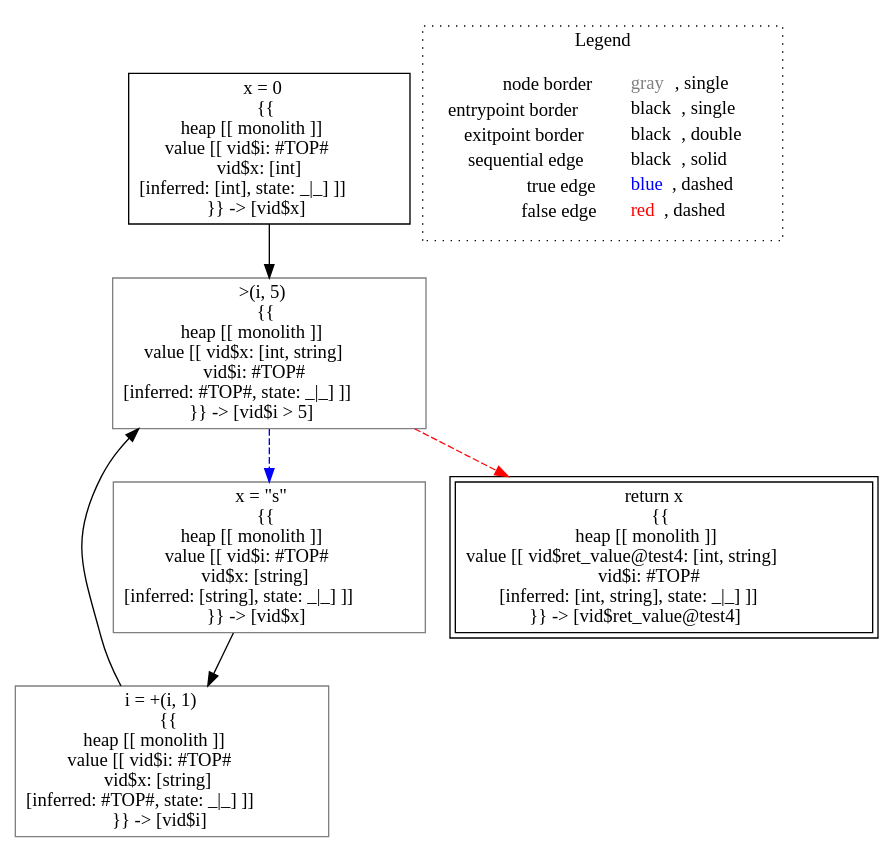
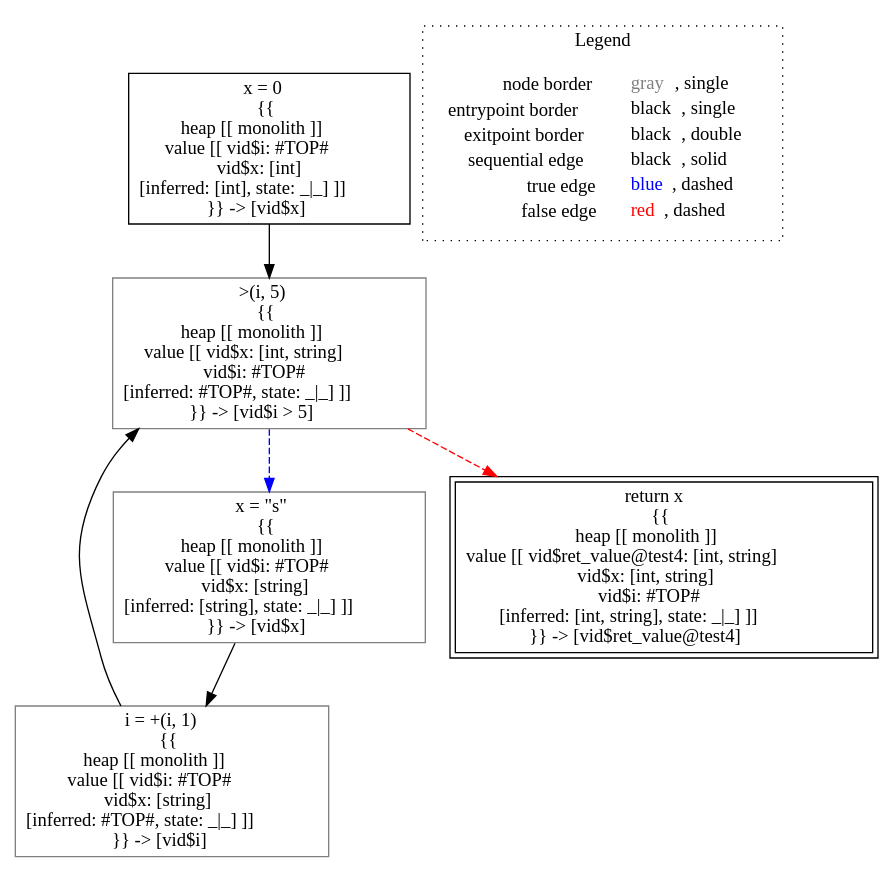
Before and after one commit to lisa-analyzer/lisa: the diagram in lisa/imp-testcases/type-inference/typing___untyped_typing.test4(untyped_i).dot, drawn with Graphviz. The commit also changed 30 other files, not shown here.

```diff
--- a/lisa/imp-testcases/type-inference/typing___untyped_typing.test4(untyped_i).dot
+++ b/lisa/imp-testcases/type-inference/typing___untyped_typing.test4(untyped_i).dot
@@ -1,19 +1,19 @@
 digraph {
 	"node0" [shape="rect",color="black",label=<x = 0<BR/>{{<BR/>heap [[ monolith ]]<BR/>value [[ vid$i: #TOP#<BR/>vid$x: [int]<BR/>[inferred: [int], state: _|_] ]]<BR/>}} -&gt; [vid$x]>];
-	"node1" [shape="rect",color="gray",label=<x = &quot;s&quot;<BR/>{{<BR/>heap [[ monolith ]]<BR/>value [[ vid$i: #TOP#<BR/>vid$x: [string]<BR/>[inferred: [string], state: _|_] ]]<BR/>}} -&gt; [vid$x]>];
-	"node2" [shape="rect",color="gray",label=<i = +(i, 1)<BR/>{{<BR/>heap [[ monolith ]]<BR/>value [[ vid$i: #TOP#<BR/>vid$x: [string]<BR/>[inferred: #TOP#, state: _|_] ]]<BR/>}} -&gt; [vid$i]>];
-	"node3" [shape="rect",color="gray",label=<&gt;(i, 5)<BR/>{{<BR/>heap [[ monolith ]]<BR/>value [[ vid$x: [int, string]<BR/>vid$i: #TOP#<BR/>[inferred: #TOP#, state: _|_] ]]<BR/>}} -&gt; [vid$i &gt; 5]>];
-	"node4" [shape="rect",color="black",peripheries="2",label=<return x<BR/>{{<BR/>heap [[ monolith ]]<BR/>value [[ vid$ret_value@test4: [int, string]<BR/>vid$i: #TOP#<BR/>[inferred: [int, string], state: _|_] ]]<BR/>}} -&gt; [vid$ret_value@test4]>];
-	"node1" -> "node2" [color="black"];
-	"node0" -> "node3" [color="black"];
-	"node2" -> "node3" [color="black"];
-	"node3" -> "node1" [color="blue",style="dashed"];
-	"node3" -> "node4" [color="red",style="dashed"];
+	"node1" [shape="rect",color="gray",label=<i = +(i, 1)<BR/>{{<BR/>heap [[ monolith ]]<BR/>value [[ vid$i: #TOP#<BR/>vid$x: [string]<BR/>[inferred: #TOP#, state: _|_] ]]<BR/>}} -&gt; [vid$i]>];
+	"node2" [shape="rect",color="gray",label=<x = &quot;s&quot;<BR/>{{<BR/>heap [[ monolith ]]<BR/>value [[ vid$i: #TOP#<BR/>vid$x: [string]<BR/>[inferred: [string], state: _|_] ]]<BR/>}} -&gt; [vid$x]>];
+	"node3" [shape="rect",color="black",peripheries="2",label=<return x<BR/>{{<BR/>heap [[ monolith ]]<BR/>value [[ vid$ret_value@test4: [int, string]<BR/>vid$x: [int, string]<BR/>vid$i: #TOP#<BR/>[inferred: [int, string], state: _|_] ]]<BR/>}} -&gt; [vid$ret_value@test4]>];
+	"node4" [shape="rect",color="gray",label=<&gt;(i, 5)<BR/>{{<BR/>heap [[ monolith ]]<BR/>value [[ vid$x: [int, string]<BR/>vid$i: #TOP#<BR/>[inferred: #TOP#, state: _|_] ]]<BR/>}} -&gt; [vid$i &gt; 5]>];
+	"node1" -> "node4" [color="black"];
+	"node0" -> "node4" [color="black"];
+	"node2" -> "node1" [color="black"];
+	"node4" -> "node2" [color="blue",style="dashed"];
+	"node4" -> "node3" [color="red",style="dashed"];
 subgraph cluster_legend {
 	label="Legend";
 	style=dotted;
 	node [shape=plaintext];
 	"legend" [label=<<table border="0" cellpadding="2" cellspacing="0" cellborder="0"><tr><td align="right">node border&nbsp;</td><td align="left"><font color="gray">gray</font>, single</td></tr><tr><td align="right">entrypoint border&nbsp;</td><td align="left"><font color="black">black</font>, single</td></tr><tr><td align="right">exitpoint border&nbsp;</td><td align="left"><font color="black">black</font>, double</td></tr><tr><td align="right">sequential edge&nbsp;</td><td align="left"><font color="black">black</font>, solid</td></tr><tr><td align="right">true edge&nbsp;</td><td align="left"><font color="blue">blue</font>, dashed</td></tr><tr><td align="right">false edge&nbsp;</td><td align="left"><font color="red">red</font>, dashed</td></tr></table>>];
 }
 
 }
```
